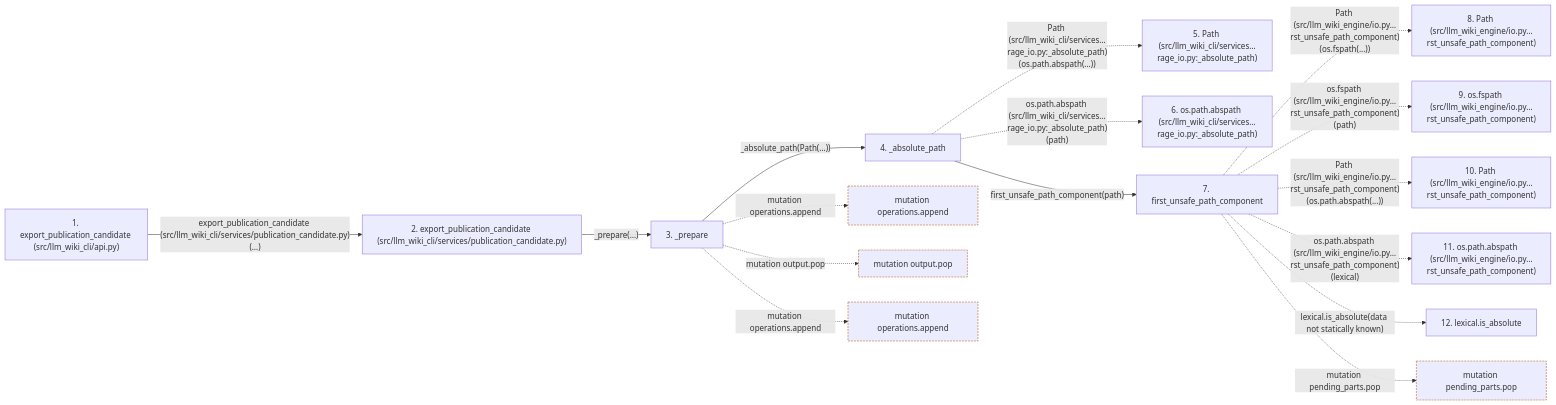
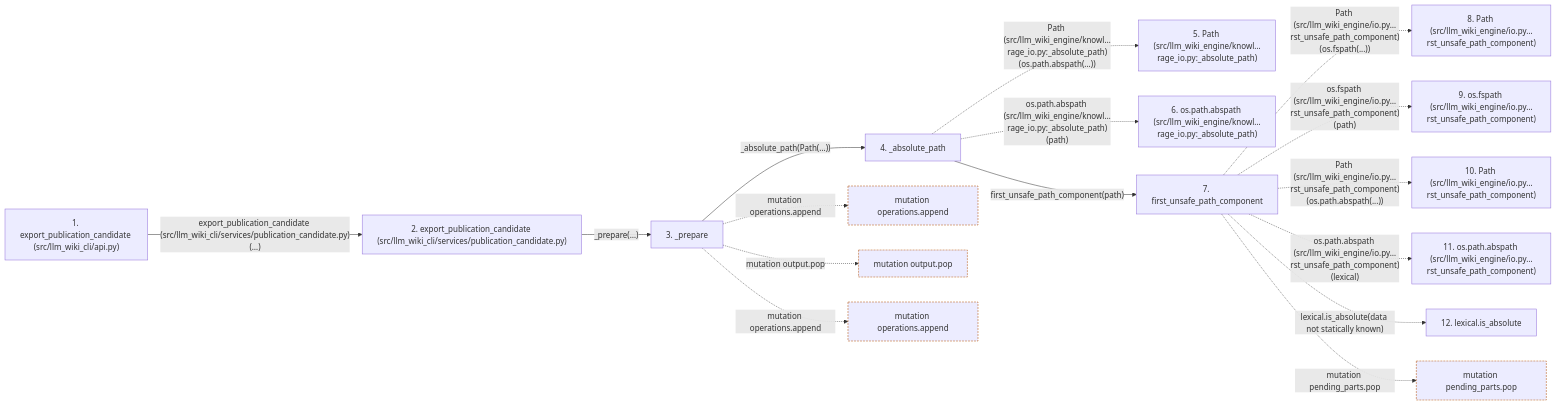
Before and after one commit to Denissvgn/python-wiki-llm: the second of 2 diagrams in docs/llm_wiki/flows/api-export_publication_candidate.md, drawn with Mermaid. The commit also changed other lines of this file and 1058 other files, not shown here.

````diff
--- a/docs/llm_wiki/flows/api-export_publication_candidate.md
+++ b/docs/llm_wiki/flows/api-export_publication_candidate.md
@@ -158,44 +158,44 @@
 ```mermaid
 flowchart LR
     s1["1. export_publication_candidate (src/llm_wiki_cli/api.py)"]
     s2["2. export_publication_candidate (src/llm_wiki_cli/services/publication_candidate.py)"]
     s3["3. _prepare"]
     s4["4. _absolute_path"]
-    s5["5. Path (src/llm_wiki_cli/services…rage_io.py:_absolute_path)"]
-    s6["6. os.path.abspath (src/llm_wiki_cli/services…rage_io.py:_absolute_path)"]
+    s5["5. Path (src/llm_wiki_engine/knowl…rage_io.py:_absolute_path)"]
+    s6["6. os.path.abspath (src/llm_wiki_engine/knowl…rage_io.py:_absolute_path)"]
     s7["7. first_unsafe_path_component"]
     s8["8. Path (src/llm_wiki_engine/io.py…rst_unsafe_path_component)"]
     s9["9. os.fspath (src/llm_wiki_engine/io.py…rst_unsafe_path_component)"]
     s10["10. Path (src/llm_wiki_engine/io.py…rst_unsafe_path_component)"]
     s11["11. os.path.abspath (src/llm_wiki_engine/io.py…rst_unsafe_path_component)"]
     s12["12. lexical.is_absolute"]
     s1 -->|"export_publication_candidate (src/llm_wiki_cli/services/publication_candidate.py)(…)"| s2
     s2 -->|"_prepare(…)"| s3
     s3 -->|"_absolute_path(Path(...))"| s4
-    s4 -. "Path (src/llm_wiki_cli/services…rage_io.py:_absolute_path)(os.path.abspath(...))" .-> s5
-    s4 -. "os.path.abspath (src/llm_wiki_cli/services…rage_io.py:_absolute_path)(path)" .-> s6
+    s4 -. "Path (src/llm_wiki_engine/knowl…rage_io.py:_absolute_path)(os.path.abspath(...))" .-> s5
+    s4 -. "os.path.abspath (src/llm_wiki_engine/knowl…rage_io.py:_absolute_path)(path)" .-> s6
     s4 -->|"first_unsafe_path_component(path)"| s7
     s7 -. "Path (src/llm_wiki_engine/io.py…rst_unsafe_path_component)(os.fspath(...))" .-> s8
     s7 -. "os.fspath (src/llm_wiki_engine/io.py…rst_unsafe_path_component)(path)" .-> s9
     s7 -. "Path (src/llm_wiki_engine/io.py…rst_unsafe_path_component)(os.path.abspath(...))" .-> s10
     s7 -. "os.path.abspath (src/llm_wiki_engine/io.py…rst_unsafe_path_component)(lexical)" .-> s11
     s7 -. "lexical.is_absolute(data not statically known)" .-> s12
     b0["mutation operations.append"]
     s3 -. "mutation operations.append" .-> b0
     b1["mutation output.pop"]
     s3 -. "mutation output.pop" .-> b1
     b2["mutation operations.append"]
     s3 -. "mutation operations.append" .-> b2
     b3["mutation pending_parts.pop"]
     s7 -. "mutation pending_parts.pop" .-> b3
     click s1 "../modules/api.md"
     click s2 "../modules/publication_candidate.md"
     click s3 "../modules/publication_candidate.md"
     click s4 "../modules/knowledge_storage_io.md"
     click s7 "../modules/io.md"
     classDef boundary stroke:#b45309,stroke-dasharray: 4 2
     class b0 boundary
     class b1 boundary
     class b2 boundary
     class b3 boundary
 ```
````
